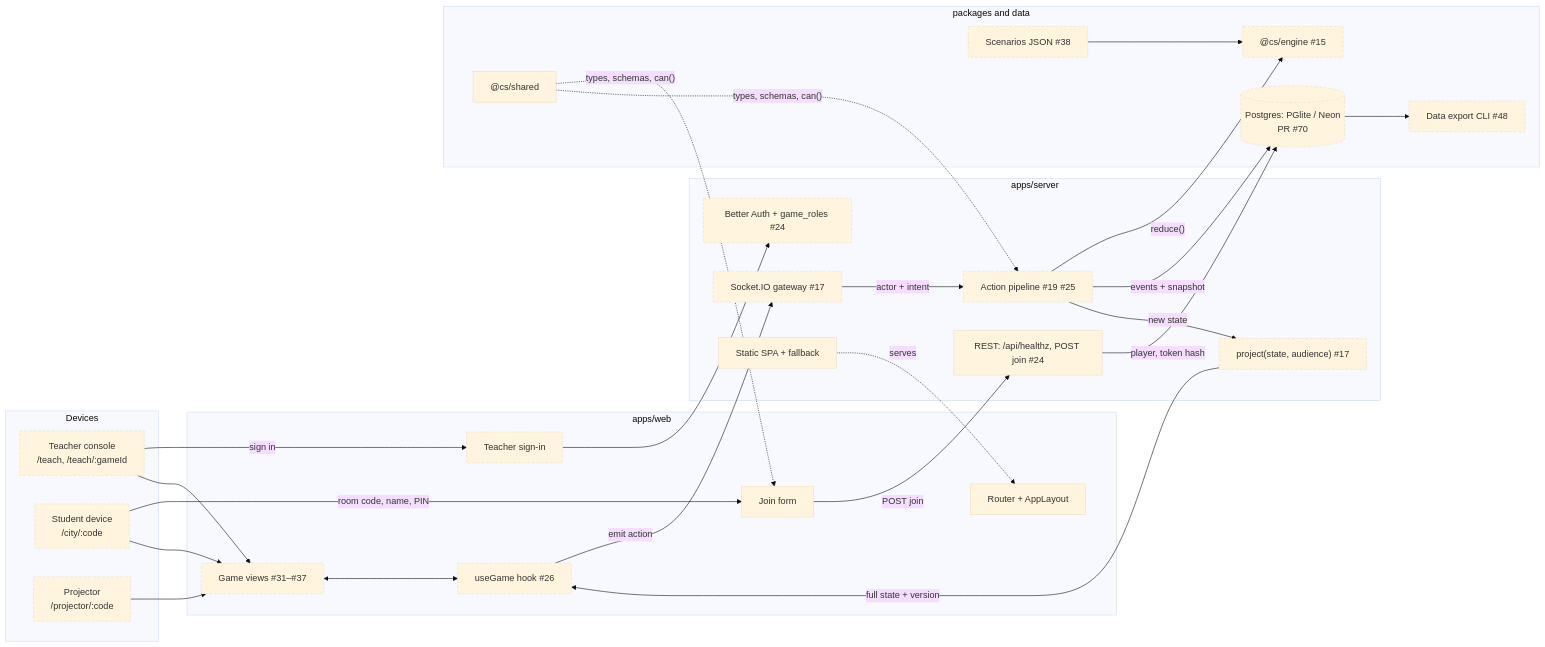
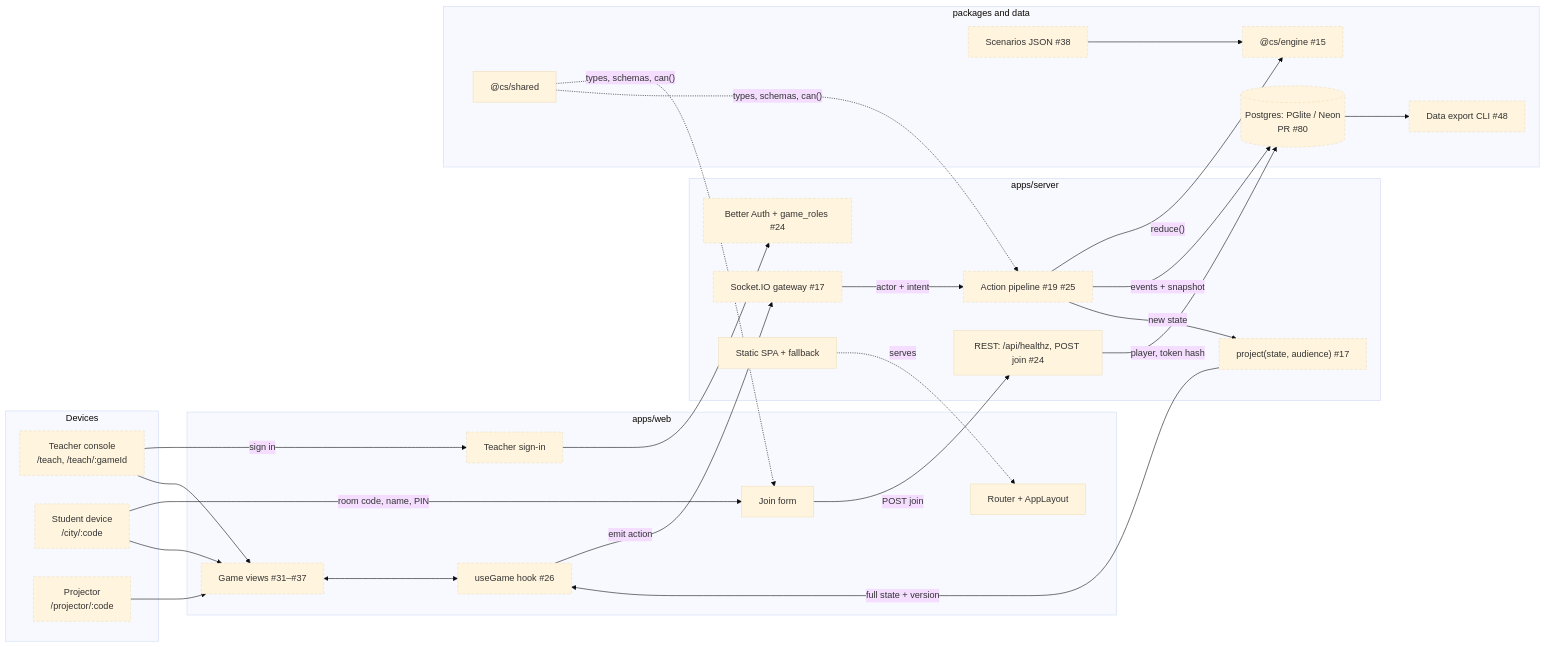
One commit to ChangePlusPlusVandy/civicdesigncenter changed the first of 4 diagrams in docs/INTERACTIONS.md. Above: the diagram before and after it, drawn with Mermaid (base theme). The commit also changed 6 other files, not shown here.

First line of the commit message:
docs: specify the reconciled DB schema and actor checks (PR #80)

````diff
--- a/docs/INTERACTIONS.md
+++ b/docs/INTERACTIONS.md
@@ -27,49 +27,49 @@
 ```mermaid
 flowchart LR
   subgraph Devices
     T["Teacher console<br/>/teach, /teach/:gameId"]
     S["Student device<br/>/city/:code"]
     P["Projector<br/>/projector/:code"]
   end
 
   subgraph Web["apps/web"]
     R["Router + AppLayout"]
     J["Join form"]
     A["Teacher sign-in"]
     U["useGame hook #26"]
     V["Game views #31–#37"]
   end
 
   subgraph Server["apps/server"]
     BA["Better Auth + game_roles #24"]
     REST["REST: /api/healthz, POST join #24"]
     WS["Socket.IO gateway #17"]
     PIPE["Action pipeline #19 #25"]
     PROJ["project(state, audience) #17"]
     STATIC["Static SPA + fallback"]
   end
 
   subgraph Packages["packages and data"]
     SH["@cs/shared"]
     EN["@cs/engine #15"]
     SC["Scenarios JSON #38"]
-    DB[("Postgres: PGlite / Neon<br/>PR #70")]
+    DB[("Postgres: PGlite / Neon<br/>PR #80")]
     EX["Data export CLI #48"]
   end
 
   T -- "sign in" --> A --> BA
   S -- "room code, name, PIN" --> J -- "POST join" --> REST -- "player, token hash" --> DB
   T & S & P --> V
   V <--> U
   U -- "emit action" --> WS -- "actor + intent" --> PIPE
   PIPE -- "reduce()" --> EN
   SC --> EN
   PIPE -- "events + snapshot" --> DB
   PIPE -- "new state" --> PROJ -- "full state + version" --> U
   DB --> EX
   STATIC -. "serves" .-> R
   SH -. "types, schemas, can()" .-> J & PIPE
 
   classDef planned stroke-dasharray: 5 3
   class T,S,P,A,U,V,BA,WS,PIPE,PROJ,EN,SC,DB,EX planned
 ```
````
